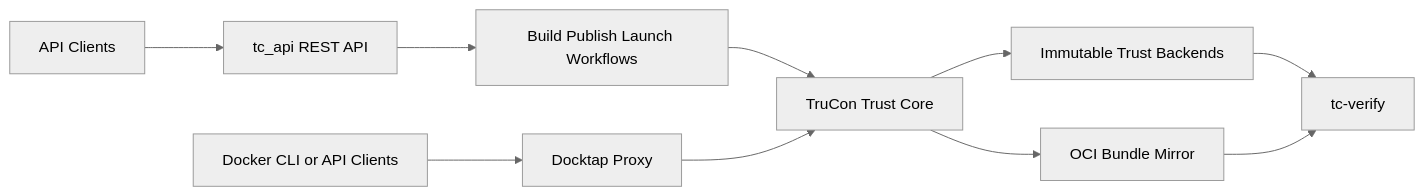
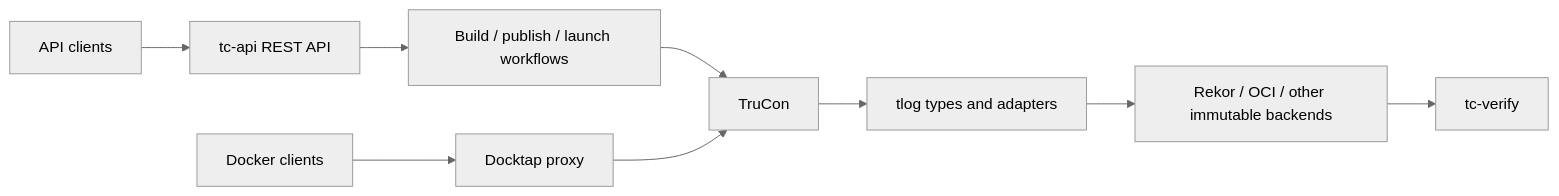
One commit to intel/confidential-computing-zoo changed the diagram in cczoo/agent-cc/core/tc_api/README.md. Above: the diagram before and after it, drawn with Mermaid (neutral theme). The commit also changed other lines of this file and 3 other files, not shown here.

````diff
--- a/cczoo/agent-cc/core/tc_api/README.md
+++ b/cczoo/agent-cc/core/tc_api/README.md
@@ -18,12 +21,11 @@
 ```mermaid
 flowchart LR
-	clients[API Clients] --> rest[tc_api REST API]
-	dockercli[Docker CLI or API Clients] --> docktap[Docktap Proxy]
-	rest --> workflows[Build Publish Launch Workflows]
-	workflows --> trucon[TruCon Trust Core]
-	docktap --> trucon
-	trucon --> backends[Immutable Trust Backends]
-	trucon --> mirror[OCI Bundle Mirror]
-	backends --> verify[tc-verify]
-	mirror --> verify
+    clients[API clients] --> api[tc-api REST API]
+    docker[Docker clients] --> docktap[Docktap proxy]
+    api --> workflows[Build / publish / launch workflows]
+    workflows --> trucon[TruCon]
+    docktap --> trucon
+    trucon --> tlog[tlog types and adapters]
+    tlog --> backends[Rekor / OCI / other immutable backends]
+    backends --> verify[tc-verify]
 ```
````
